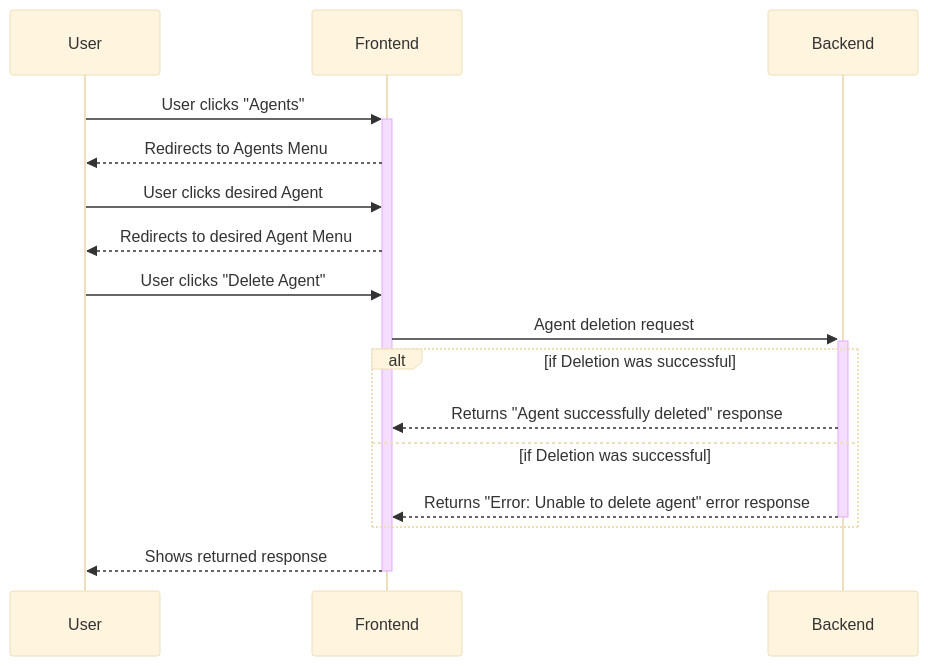
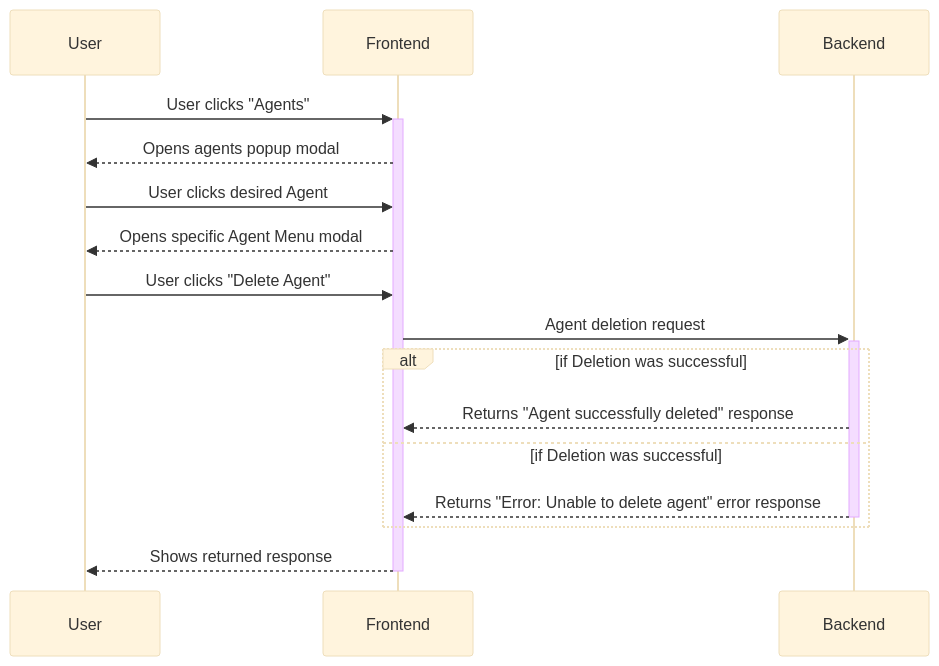
Before and after one commit to Capstone-Projects-2025-Spring/project-003-story-builder-team-1: the fourth of 6 diagrams in documentation/docs/system-architecture/sequence-diagrams.md, drawn with Mermaid (base theme). The commit also changed other lines of this file, not shown here.

Commit message:
Removed mentions of redirects and replaced them with popup modals

````diff
--- a/documentation/docs/system-architecture/sequence-diagrams.md
+++ b/documentation/docs/system-architecture/sequence-diagrams.md
@@ -86,18 +86,18 @@
 ```mermaid
 sequenceDiagram
     participant User
     participant Frontend
     participant Backend
     User->>+Frontend: User clicks "Agents"
-    Frontend-->>User: Redirects to Agents Menu
+    Frontend-->>User: Opens agents popup modal
     User->>Frontend: User clicks desired Agent
-    Frontend-->>User: Redirects to desired Agent Menu
+    Frontend-->>User: Opens specific Agent Menu modal
     User->>Frontend: User clicks "Delete Agent"
     Frontend->>+Backend: Agent deletion request
     alt if Deletion was successful
         Backend-->>Frontend: Returns "Agent successfully deleted" response
     else if Deletion was successful
         Backend-->>-Frontend: Returns "Error: Unable to delete agent" error response
     end
     Frontend-->>-User: Shows returned response
 ```
````
